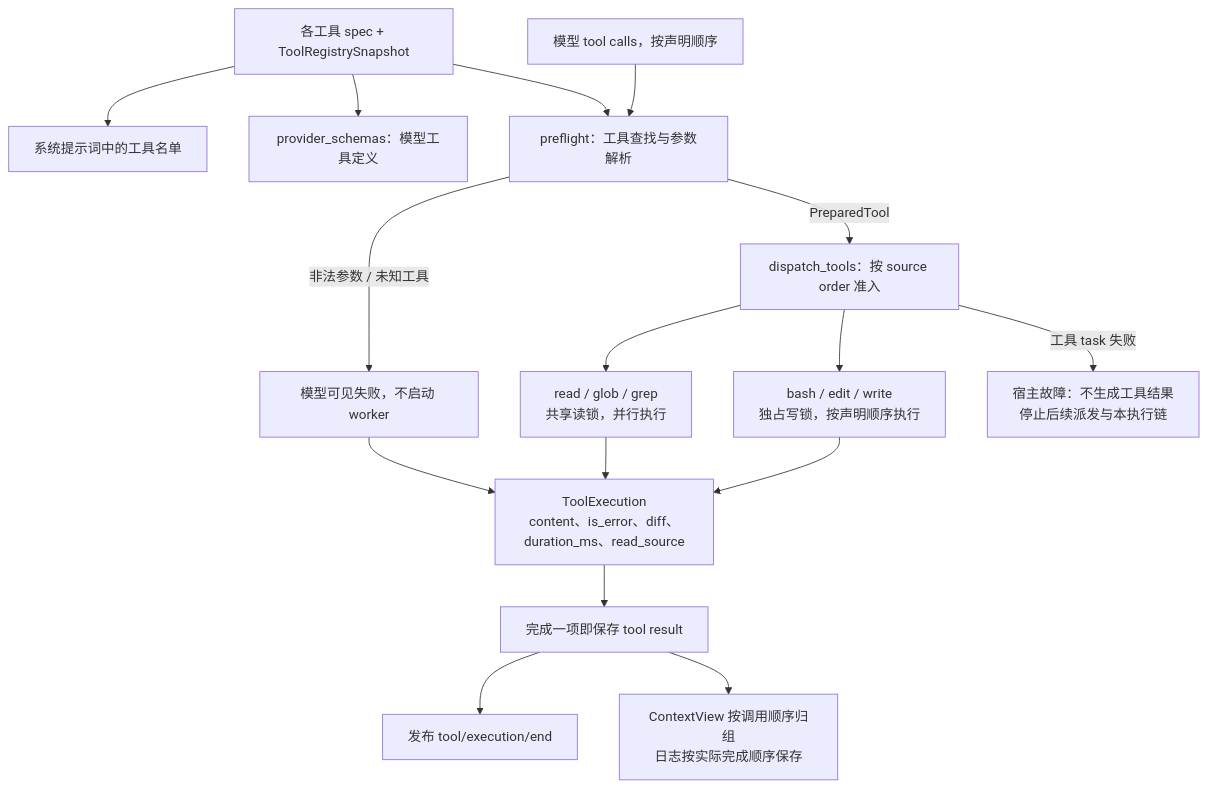
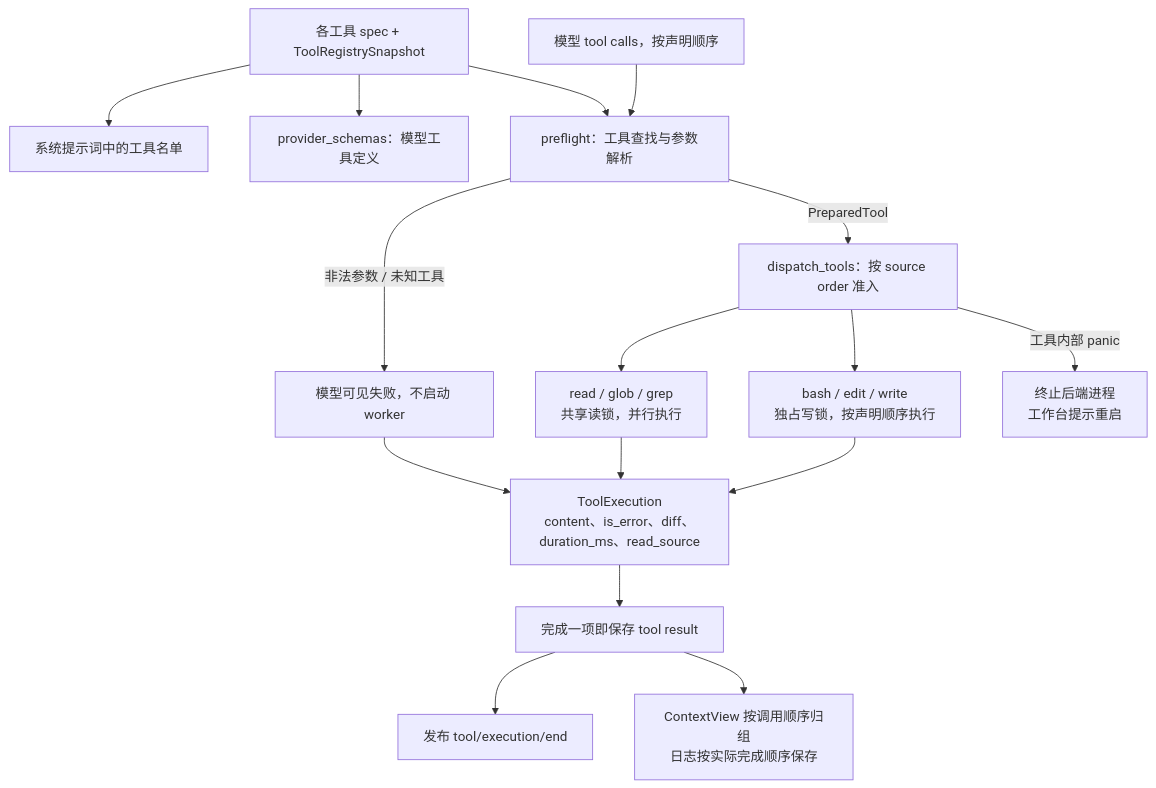
Diagram 24 of 29 in docs/architecture.md (qjcnmd/singularity-agent), drawn with Mermaid before and after one commit. The commit also changed other lines of this file and 137 other files, not shown here.

````diff
--- a/docs/architecture.md
+++ b/docs/architecture.md
@@ -677,18 +675,18 @@
 ```mermaid
 flowchart TB
     Specs["各工具 spec + ToolRegistrySnapshot"] --> Prompt["系统提示词中的工具名单"]
     Specs --> Schema["provider_schemas：模型工具定义"]
     Calls["模型 tool calls，按声明顺序"] --> Preflight["preflight：工具查找与参数解析"]
     Specs --> Preflight
     Preflight -->|"非法参数 / 未知工具"| Rejected["模型可见失败，不启动 worker"]
     Preflight -->|"PreparedTool"| Dispatch["dispatch_tools：按 source order 准入"]
     Dispatch --> ReadOnly["read / glob / grep<br/>共享读锁，并行执行"]
     Dispatch --> Barrier["bash / edit / write<br/>独占写锁，按声明顺序执行"]
-    Dispatch -->|"工具 task 失败"| HostFatal["宿主故障：不生成工具结果<br/>停止后续派发与本执行链"]
+    Dispatch -->|"工具内部 panic"| HostFatal["终止后端进程<br/>工作台提示重启"]
     ReadOnly --> Result["ToolExecution<br/>content、is_error、diff、duration_ms、read_source"]
     Barrier --> Result
     Rejected --> Result
     Result --> Persist["完成一项即保存 tool result"]
     Persist --> Event["发布 tool/execution/end"]
     Persist --> ModelOrder["ContextView 按调用顺序归组<br/>日志按实际完成顺序保存"]
 ```
````
